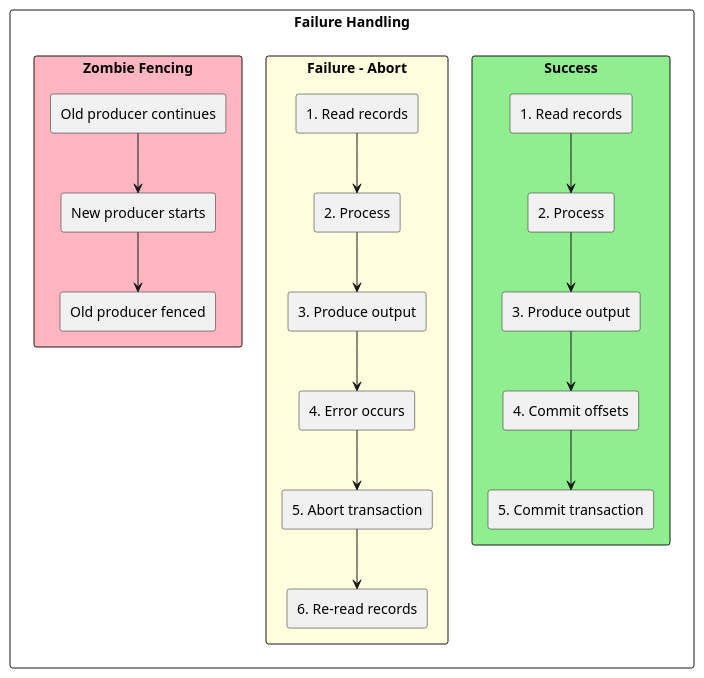
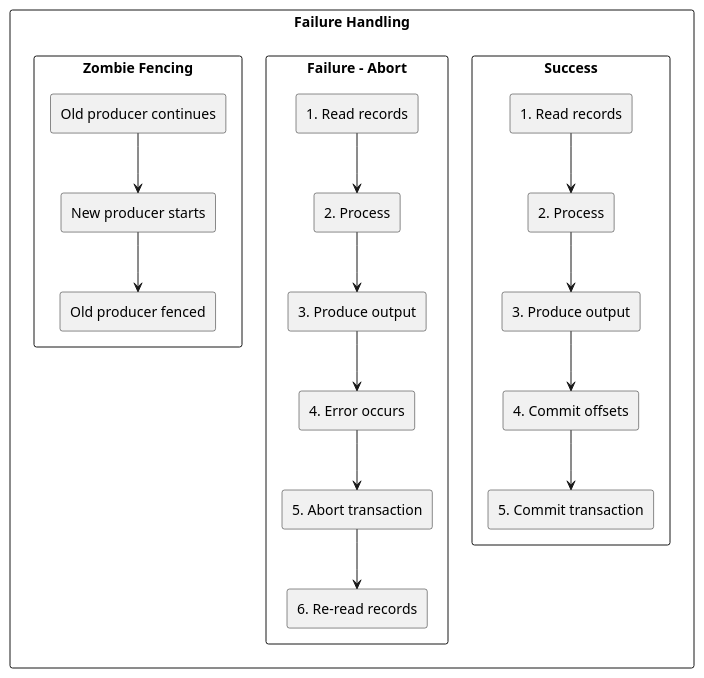
The eighth of 14 diagrams in docs/data-platforms/kafka/concepts/delivery-semantics/exactly-once.md (axonops/documentation), drawn with PlantUML before and after one commit. The commit also changed 14 other files, not shown here.

````diff
--- a/docs/data-platforms/kafka/concepts/delivery-semantics/exactly-once.md
+++ b/docs/data-platforms/kafka/concepts/delivery-semantics/exactly-once.md
@@ -431,44 +431,44 @@
 ```plantuml
 @startuml
 
 skinparam backgroundColor transparent
 
 rectangle "Failure Handling" {
 
-    rectangle "Success" as success #lightgreen {
+    rectangle "Success" as success {
         rectangle "1. Read records" as s1
         rectangle "2. Process" as s2
         rectangle "3. Produce output" as s3
         rectangle "4. Commit offsets" as s4
         rectangle "5. Commit transaction" as s5
         s1 --> s2
         s2 --> s3
         s3 --> s4
         s4 --> s5
     }
 
-    rectangle "Failure - Abort" as failure #lightyellow {
+    rectangle "Failure - Abort" as failure {
         rectangle "1. Read records" as f1
         rectangle "2. Process" as f2
         rectangle "3. Produce output" as f3
         rectangle "4. Error occurs" as f4
         rectangle "5. Abort transaction" as f5
         rectangle "6. Re-read records" as f6
         f1 --> f2
         f2 --> f3
         f3 --> f4
         f4 --> f5
         f5 --> f6
     }
 
-    rectangle "Zombie Fencing" as zombie #lightpink {
+    rectangle "Zombie Fencing" as zombie {
         rectangle "Old producer continues" as z1
         rectangle "New producer starts" as z2
         rectangle "Old producer fenced" as z3
         z1 --> z2
         z2 --> z3
     }
 }
 
 @enduml
 ```
````
